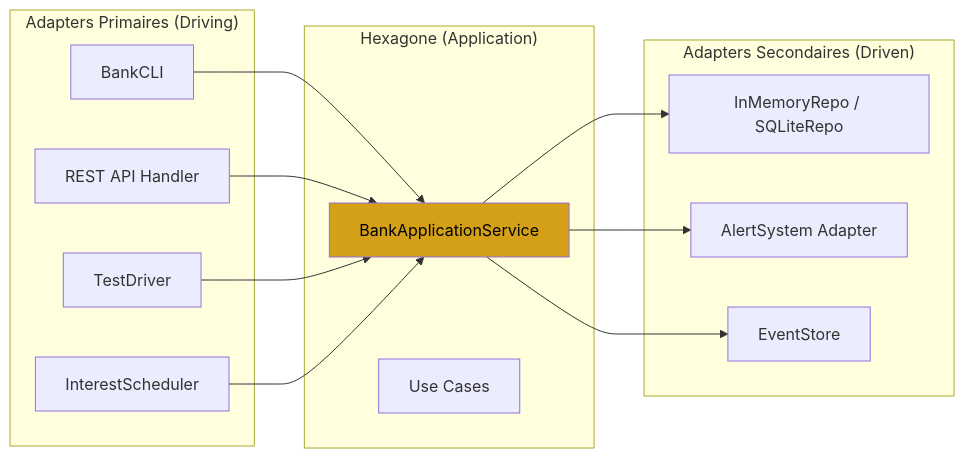
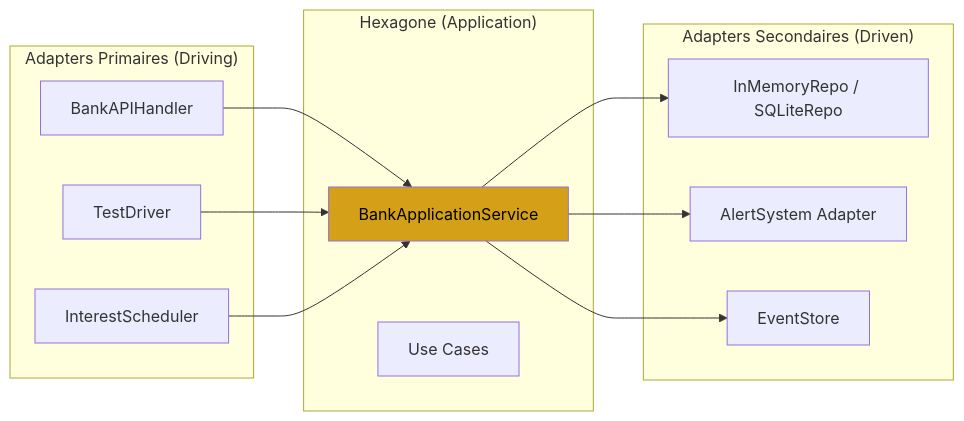
Before and after one commit to angeawalabj/bankcore: the diagram in docs/jour-15/README.md, drawn with Mermaid. The commit also changed other lines of this file, not shown here.

First line of the commit message:
docs: jour-15 ne prétend plus livrer un BankCLI qui n'existe pas

````diff
--- a/docs/jour-15/README.md
+++ b/docs/jour-15/README.md
@@ -67,31 +66,29 @@
 ```mermaid
 graph LR
     subgraph "Adapters Primaires (Driving)"
-        CLI["BankCLI"]
-        API["REST API Handler"]
+        API["BankAPIHandler"]
         TEST["TestDriver"]
         SCHED["InterestScheduler"]
     end
 
     subgraph "Hexagone (Application)"
         APP["BankApplicationService"]
         UC["Use Cases"]
     end
 
     subgraph "Adapters Secondaires (Driven)"
         REPO["InMemoryRepo / SQLiteRepo"]
         NOTIF["AlertSystem Adapter"]
         STORE["EventStore"]
     end
 
-    CLI   --> APP
     API   --> APP
     TEST  --> APP
     SCHED --> APP
 
     APP --> REPO
     APP --> NOTIF
     APP --> STORE
 
     style APP fill:#d4a017,color:#000
 ```
````
